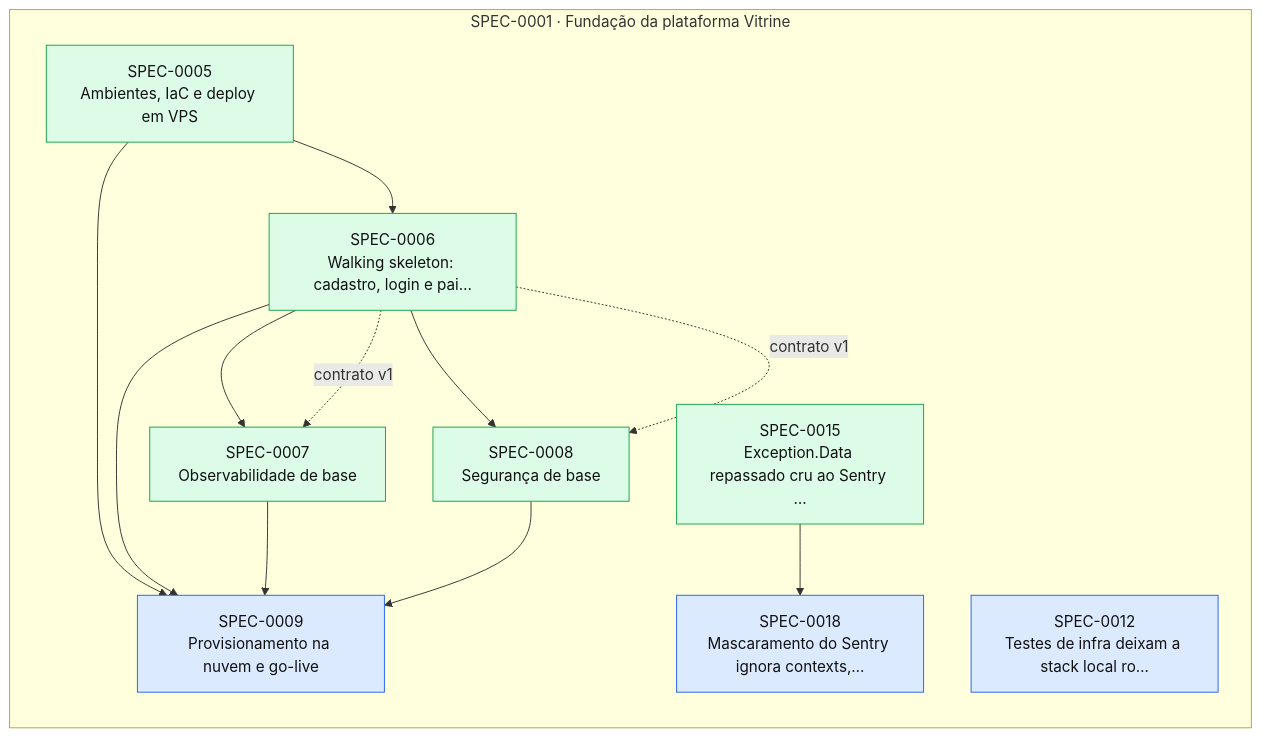
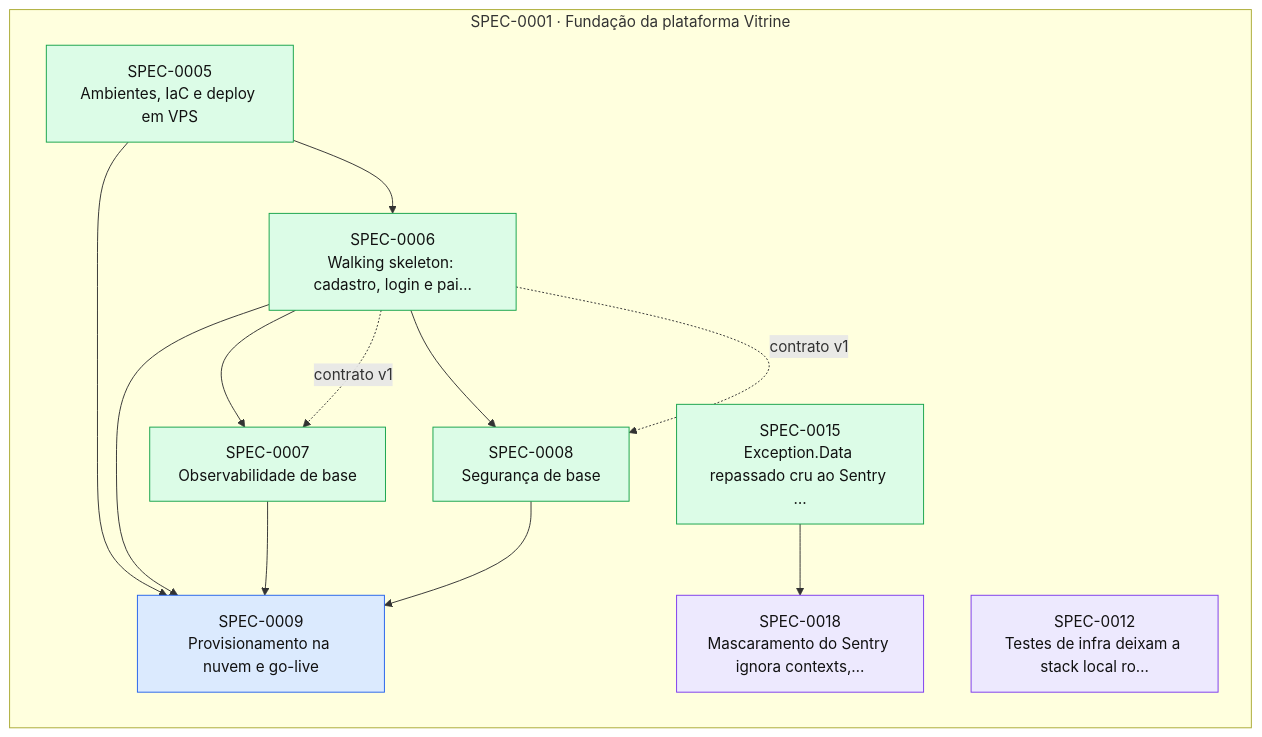
One commit to thomasravache/vitrine changed the diagram in docs/specs/INDEX.md. Above: the diagram before and after it, drawn with Mermaid. The commit also changed other lines of this file and 2 other files, not shown here.

First line of the commit message:
docs(specs): despacha SPEC-0012 e SPEC-0018

````diff
--- a/docs/specs/INDEX.md
+++ b/docs/specs/INDEX.md
@@ -58,28 +58,28 @@
 ```mermaid
 flowchart LR
   subgraph E0001["SPEC-0001 · Fundação da plataforma Vitrine"]
     S0005["SPEC-0005<br/>Ambientes, IaC e deploy em VPS"]:::implemented
     S0006["SPEC-0006<br/>Walking skeleton: cadastro, login e pai…"]:::implemented
     S0007["SPEC-0007<br/>Observabilidade de base"]:::implemented
     S0008["SPEC-0008<br/>Segurança de base"]:::implemented
     S0009["SPEC-0009<br/>Provisionamento na nuvem e go-live"]:::approved
-    S0012["SPEC-0012<br/>Testes de infra deixam a stack local ro…"]:::approved
+    S0012["SPEC-0012<br/>Testes de infra deixam a stack local ro…"]:::inprogress
     S0015["SPEC-0015<br/>Exception.Data repassado cru ao Sentry …"]:::implemented
-    S0018["SPEC-0018<br/>Mascaramento do Sentry ignora contexts,…"]:::approved
+    S0018["SPEC-0018<br/>Mascaramento do Sentry ignora contexts,…"]:::inprogress
   end
   S0005 --> S0006
   S0006 --> S0007
   S0006 -. contrato v1 .-> S0007
   S0006 --> S0008
   S0006 -. contrato v1 .-> S0008
   S0005 --> S0009
   S0006 --> S0009
   S0007 --> S0009
   S0008 --> S0009
   S0015 --> S0018
   classDef proposed fill:#fef3c7,stroke:#d97706,color:#111
   classDef approved fill:#dbeafe,stroke:#2563eb,color:#111
   classDef inprogress fill:#ede9fe,stroke:#7c3aed,color:#111
   classDef implemented fill:#dcfce7,stroke:#16a34a,color:#111
   classDef deprecated fill:#f3f4f6,stroke:#9ca3af,color:#6b7280
 ```
````
